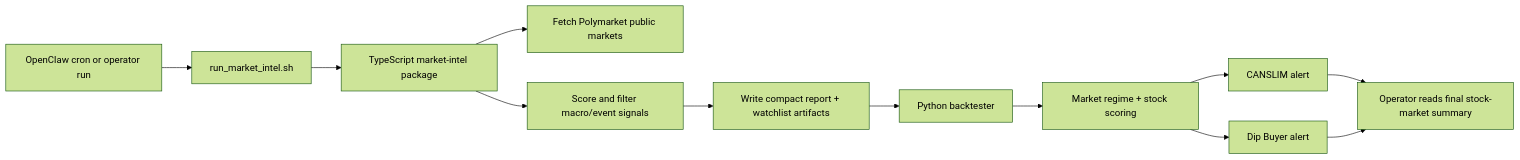
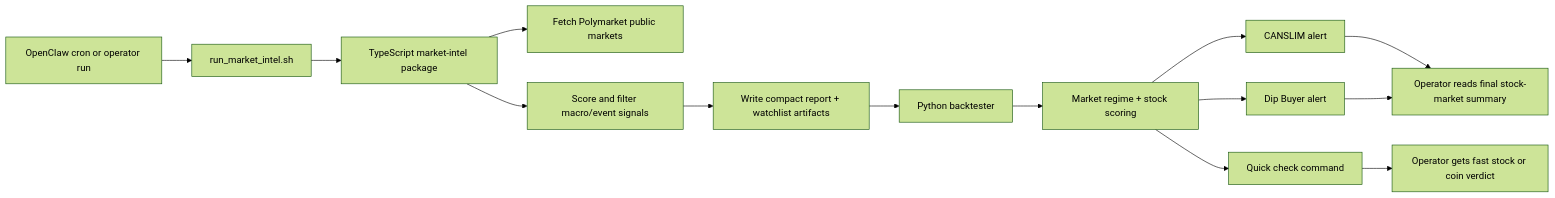
The diagram in backtester/docs/polymarket-backtester-flow.md (hd719/cortana-external), drawn with Mermaid (forest theme) before and after one commit. The commit also changed other lines of this file and 27 other files, not shown here.

Commit message:
Add production-safe Polymarket overlay and quick check

````diff
--- a/backtester/docs/polymarket-backtester-flow.md
+++ b/backtester/docs/polymarket-backtester-flow.md
@@ -5,14 +5,16 @@
 ```mermaid
 flowchart LR
     A["OpenClaw cron or operator run"] --> B["run_market_intel.sh"]
     B --> C["TypeScript market-intel package"]
     C --> D["Fetch Polymarket public markets"]
     C --> E["Score and filter macro/event signals"]
     E --> F["Write compact report + watchlist artifacts"]
     F --> G["Python backtester"]
     G --> H["Market regime + stock scoring"]
     H --> I["CANSLIM alert"]
     H --> J["Dip Buyer alert"]
+    H --> L["Quick check command"]
     I --> K["Operator reads final stock-market summary"]
     J --> K["Operator reads final stock-market summary"]
+    L --> M["Operator gets fast stock or coin verdict"]
 ```
````
